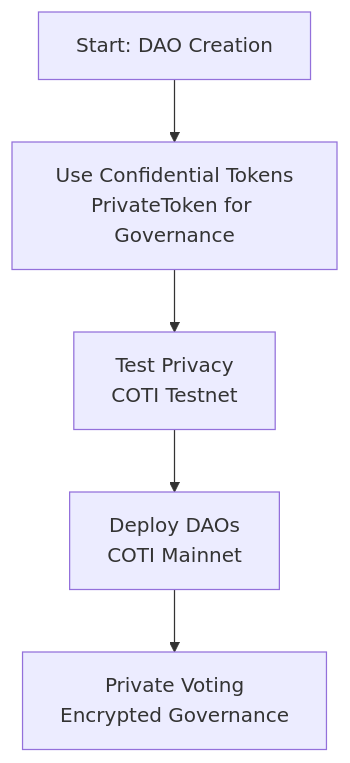
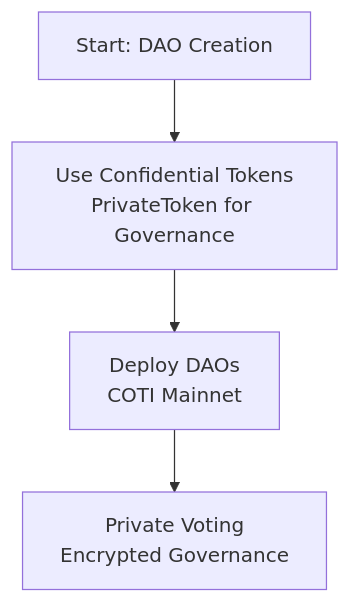
The diagram in pages/coti-integration.mdx (SyncraDAO/docs.syncra.xyz), drawn with Mermaid before and after one commit.

````diff
--- a/pages/coti-integration.mdx
+++ b/pages/coti-integration.mdx
@@ -43,7 +43,6 @@
 ```mermaid
 graph TD
     A[Start: DAO Creation] --> B[Use Confidential Tokens<br>PrivateToken for Governance]
-    B --> C[Test Privacy<br>COTI Testnet]
-    C --> D[Deploy DAOs<br>COTI Mainnet]
-    D --> E[Private Voting<br>Encrypted Governance]
+    B --> C[Deploy DAOs<br>COTI Mainnet]
+    C --> D[Private Voting<br>Encrypted Governance]
 ```
````
